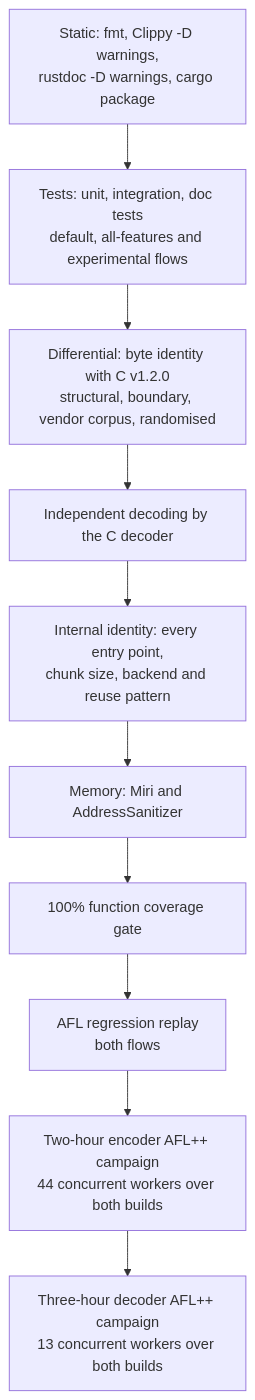
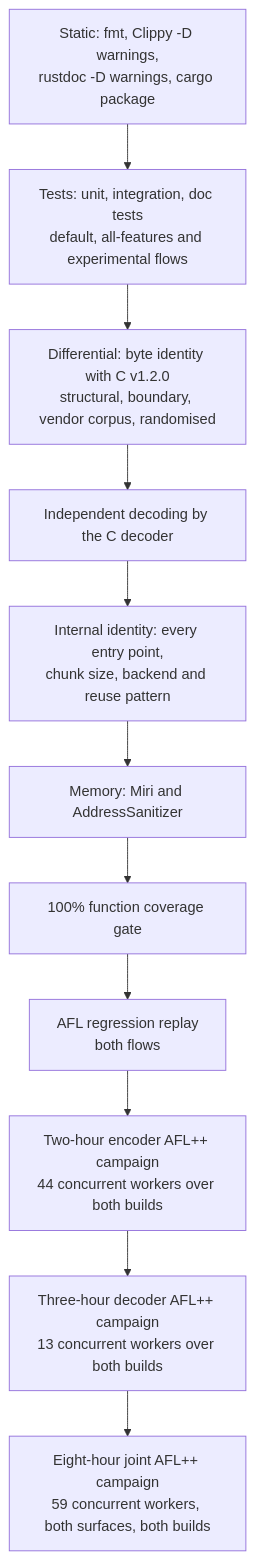
The diagram in docs/correctness.md (Mnwa/mbrotli), drawn with Mermaid before and after one commit. The commit also changed other lines of this file and 9 other files, not shown here.

````diff
--- a/docs/correctness.md
+++ b/docs/correctness.md
@@ -32,13 +33,14 @@
 ```mermaid
 flowchart TD
     Static["Static: fmt, Clippy -D warnings,<br/>rustdoc -D warnings, cargo package"] --> Tests
     Tests["Tests: unit, integration, doc tests<br/>default, all-features and experimental flows"] --> Diff
     Diff["Differential: byte identity with C v1.2.0<br/>structural, boundary, vendor corpus, randomised"] --> Decode
     Decode["Independent decoding by the C decoder"] --> Internal
     Internal["Internal identity: every entry point,<br/>chunk size, backend and reuse pattern"] --> Memory
     Memory["Memory: Miri and AddressSanitizer"] --> Coverage
     Coverage["100% function coverage gate"] --> Replay
     Replay["AFL regression replay<br/>both flows"] --> Campaign
     Campaign["Two-hour encoder AFL++ campaign<br/>44 concurrent workers over both builds"] --> Decoder
-    Decoder["Three-hour decoder AFL++ campaign<br/>13 concurrent workers over both builds"]
+    Decoder["Three-hour decoder AFL++ campaign<br/>13 concurrent workers over both builds"] --> Joint
+    Joint["Eight-hour joint AFL++ campaign<br/>59 concurrent workers, both surfaces, both builds"]
 ```
````
